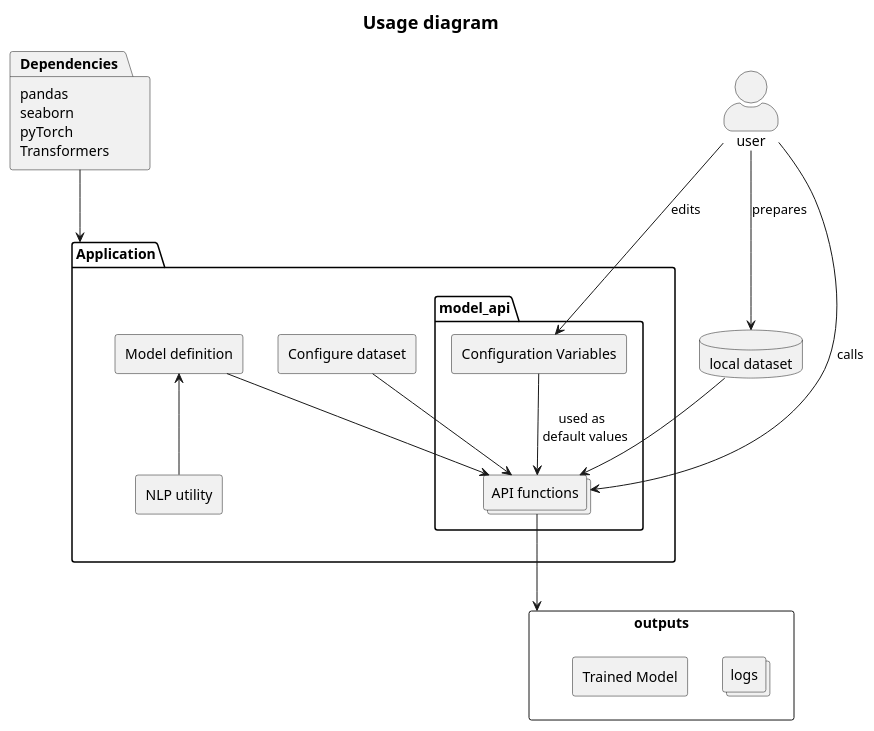
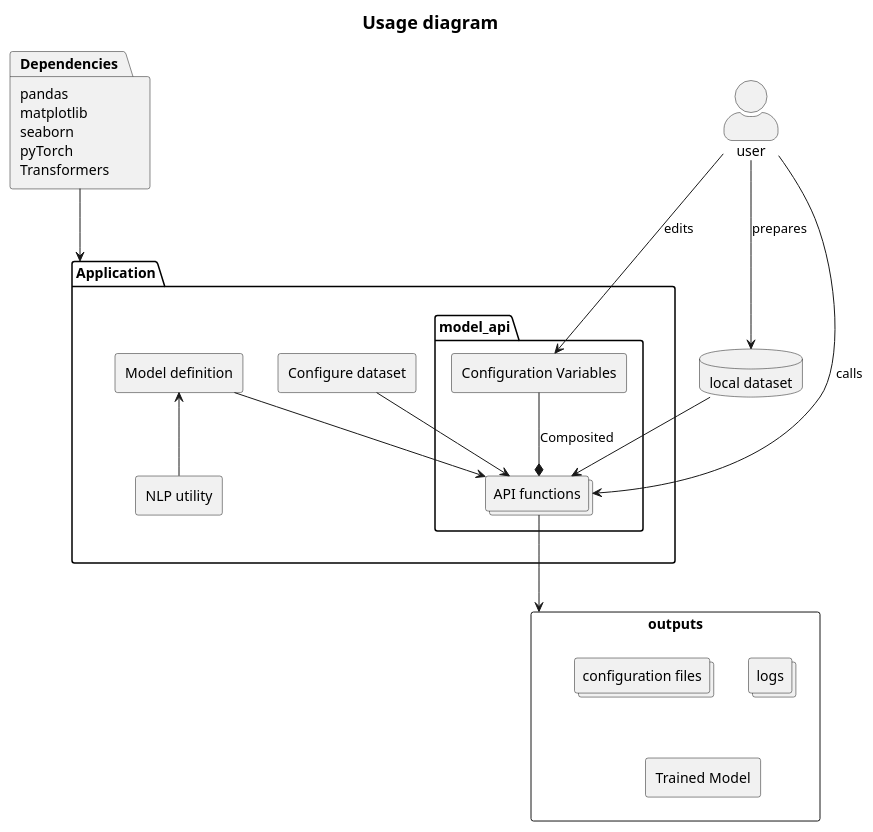
Before and after one commit to enbaxa/TFM: the diagram in usage_diagram.puml, drawn with PlantUML. The commit also changed 20 other files, not shown here.

Commit message:
Added matplotlib explicit dependency. Update usage diagram accordingly. Updated documentation accordingly (also caught up automatically with changed docstrings)

```diff
--- a/usage_diagram.puml
+++ b/usage_diagram.puml
@@ -1,55 +1,59 @@
 @startuml usage
 'legend top
 '=Usage Diagram
 'end legend
 
 title =Usage diagram
 allowmixing
 
 package Dependencies[
     pandas
+    matplotlib
     seaborn
     pyTorch
     Transformers
 ]
 
 skinparam actorStyle awesome
 actor user
 
 database "local dataset" as local
 
 package Application{
     package model_api{
         rectangle "Configuration Variables" as ConfigRun
 
         collections "API functions" as fucs
-        ConfigRun --> fucs : "used as \n default values"
+        ConfigRun --* fucs : "Composited"
         user --> Application.model_api.ConfigRun : edits
         user --> fucs : calls
 
     }
     rectangle "Configure dataset" as dataset_define
     rectangle "Model definition" as learning_model
     rectangle "NLP utility" as nlp_embedding
     'package test_codes {
     '    database test_datasets
     '    collections "example implementations" as tests
     '}
     'test_datasets -->  tests
     nlp_embedding -up-> learning_model
     dataset_define --> fucs
     learning_model --> fucs
 }
 
 rectangle outputs{
     collections logs
     rectangle "Trained Model" as model
+    collections "configuration files" as config
+    logs -[hidden]d- model
+    config -[hidden]d- model
 }
 
 rectangle "Trained Model" as model
 Dependencies --> Application
 user --> local : prepares
 local --> fucs
 fucs --> outputs
 
 @enduml
```
